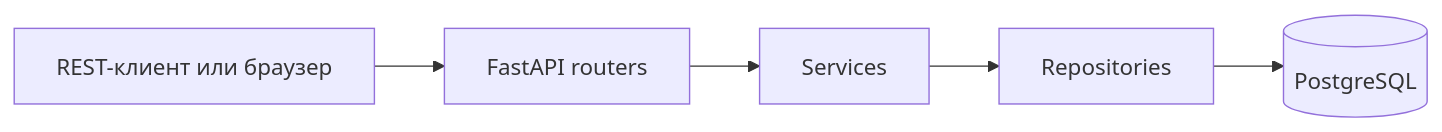
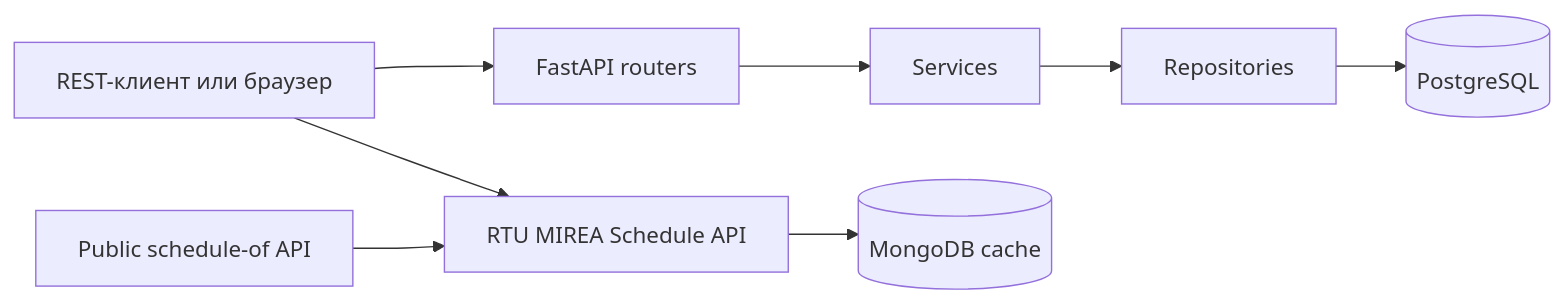
The diagram in docs/architecture.md (is200406moil/schedule-service-backend), drawn with Mermaid before and after one commit. The commit also changed other lines of this file and 15 other files, not shown here.

````diff
--- a/docs/architecture.md
+++ b/docs/architecture.md
@@ -5,13 +5,19 @@
 ```mermaid
 flowchart LR
     Client[REST-клиент или браузер]
     Router[FastAPI routers]
     Service[Services]
     Repository[Repositories]
     DB[(PostgreSQL)]
+    ScheduleAPI[RTU MIREA Schedule API]
+    ScheduleDB[(MongoDB cache)]
+    Source[Public schedule-of API]
 
     Client --> Router
     Router --> Service
     Service --> Repository
     Repository --> DB
+    Client --> ScheduleAPI
+    ScheduleAPI --> ScheduleDB
+    Source --> ScheduleAPI
 ```
````
